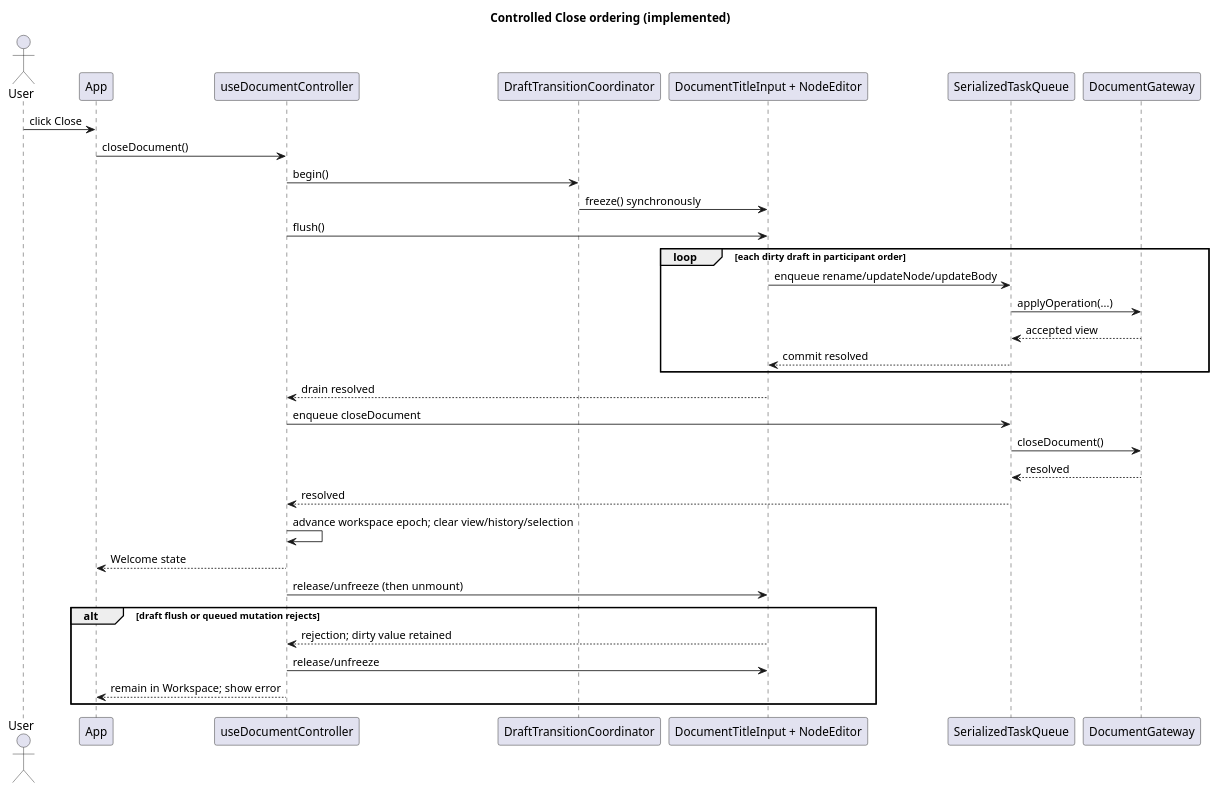
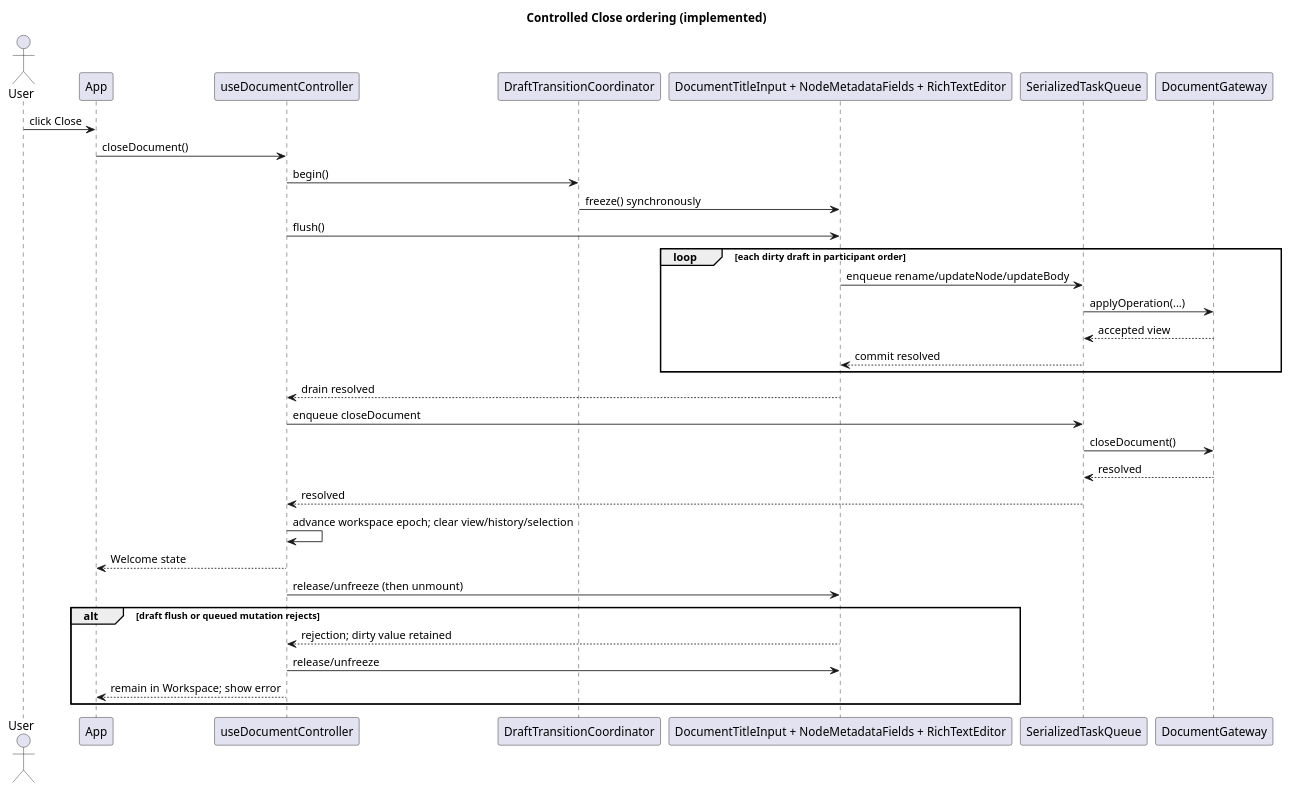
Before and after one commit to benoit-gl/coedit: diagram 11 of 14 in docs/SEQUENCE_DIAGRAMS.md, drawn with PlantUML. The commit also changed other lines of this file and 33 other files, not shown here.

````diff
--- a/docs/SEQUENCE_DIAGRAMS.md
+++ b/docs/SEQUENCE_DIAGRAMS.md
@@ -654,38 +654,38 @@
 ```plantuml
 @startuml
 title Controlled Close ordering (implemented)
 actor User
 participant App
 participant useDocumentController as Controller
 participant DraftTransitionCoordinator as Drafts
-participant "DocumentTitleInput + NodeEditor" as Participants
+participant "DocumentTitleInput + NodeMetadataFields + RichTextEditor" as Participants
 participant SerializedTaskQueue as Queue
 participant DocumentGateway as Gateway
 
 User -> App : click Close
 App -> Controller : closeDocument()
 Controller -> Drafts : begin()
 Drafts -> Participants : freeze() synchronously
 Controller -> Participants : flush()
 loop each dirty draft in participant order
   Participants -> Queue : enqueue rename/updateNode/updateBody
   Queue -> Gateway : applyOperation(...)
   Gateway --> Queue : accepted view
   Queue --> Participants : commit resolved
 end
 Participants --> Controller : drain resolved
 Controller -> Queue : enqueue closeDocument
 Queue -> Gateway : closeDocument()
 Gateway --> Queue : resolved
 Queue --> Controller : resolved
 Controller -> Controller : advance workspace epoch; clear view/history/selection
 Controller --> App : Welcome state
 Controller -> Participants : release/unfreeze (then unmount)
 
 alt draft flush or queued mutation rejects
   Participants --> Controller : rejection; dirty value retained
   Controller -> Participants : release/unfreeze
   Controller --> App : remain in Workspace; show error
 end
 @enduml
 ```
````
